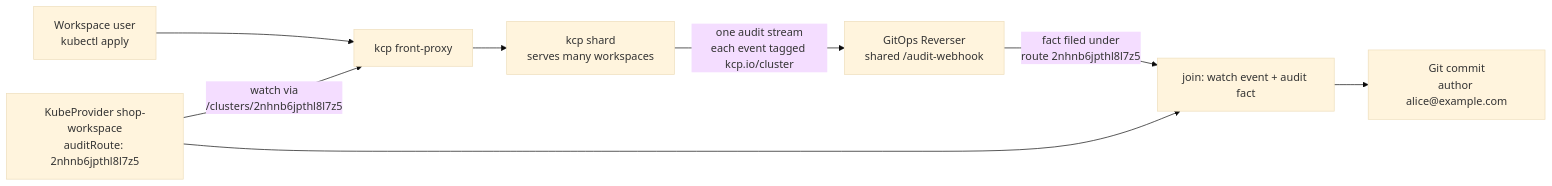
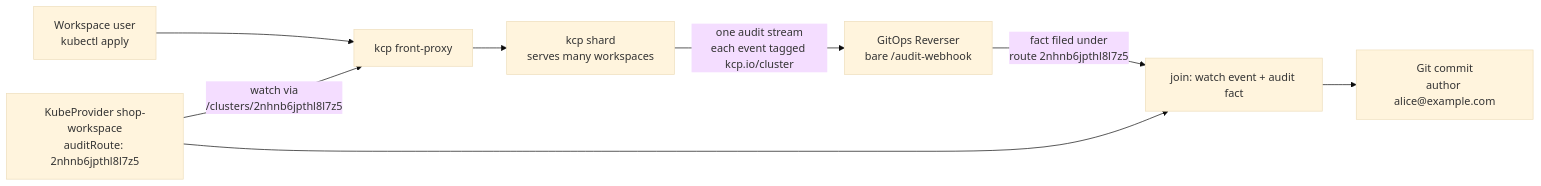
Before and after one commit to ConfigButler/gitops-reverser: the diagram in docs/kcp-workspaces.md, drawn with Mermaid (base theme). The commit also changed other lines of this file and 8 other files, not shown here.

````diff
--- a/docs/kcp-workspaces.md
+++ b/docs/kcp-workspaces.md
@@ -49,10 +48,10 @@
 ```mermaid
 flowchart LR
   user["Workspace user<br/>kubectl apply"] --> fp["kcp front-proxy"]
   fp --> shard["kcp shard<br/>serves many workspaces"]
-  shard -- "one audit stream<br/>each event tagged kcp.io/cluster" --> bare["GitOps Reverser<br/>shared /audit-webhook"]
+  shard -- "one audit stream<br/>each event tagged kcp.io/cluster" --> bare["GitOps Reverser<br/>bare /audit-webhook"]
   kp["KubeProvider shop-workspace<br/>auditRoute: 2nhnb6jpthl8l7z5"] -- "watch via<br/>/clusters/2nhnb6jpthl8l7z5" --> fp
   bare -- "fact filed under<br/>route 2nhnb6jpthl8l7z5" --> join["join: watch event + audit fact"]
   kp --> join
   join --> git["Git commit<br/>author alice@example.com"]
 ```
````
